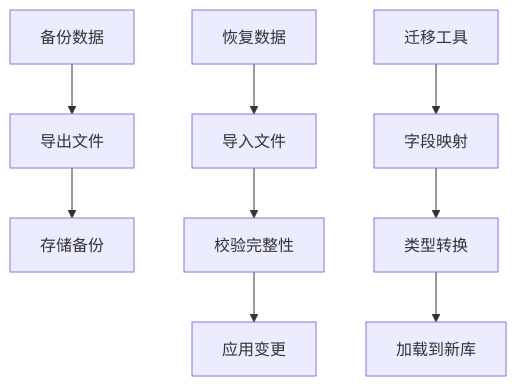
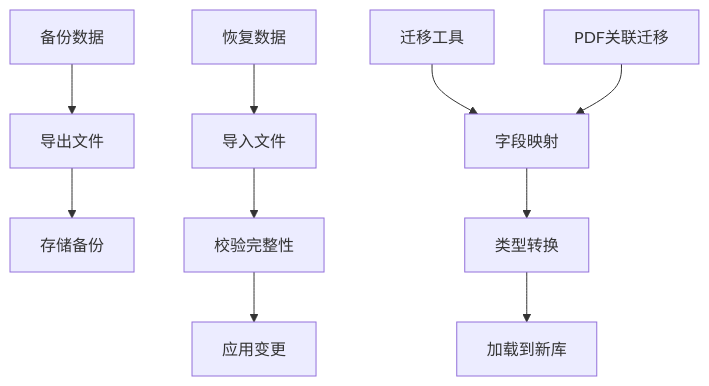
One commit to abokyoy/LectureLearnLoop changed diagram 11 of 12 in .qoder/repowiki/zh/content/后端架构/路由设计/笔记管理路由.md. Above: the diagram before and after it, drawn with Mermaid. The commit also changed other lines of this file and 91 other files, not shown here.

````diff
--- a/.qoder/repowiki/zh/content/后端架构/路由设计/笔记管理路由.md
+++ b/.qoder/repowiki/zh/content/后端架构/路由设计/笔记管理路由.md
@@ -440,11 +484,12 @@
 ```mermaid
 flowchart TD
 Backup["备份数据"] --> Export["导出文件"]
 Export --> Store["存储备份"]
 Restore["恢复数据"] --> Import["导入文件"]
 Import --> Validate["校验完整性"]
 Validate --> Apply["应用变更"]
 Migrate["迁移工具"] --> Map["字段映射"]
 Map --> Transform["类型转换"]
 Transform --> Load["加载到新库"]
+PDFMigrate["PDF关联迁移"] --> Map
 ```
````
